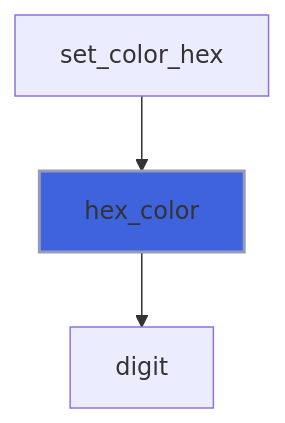
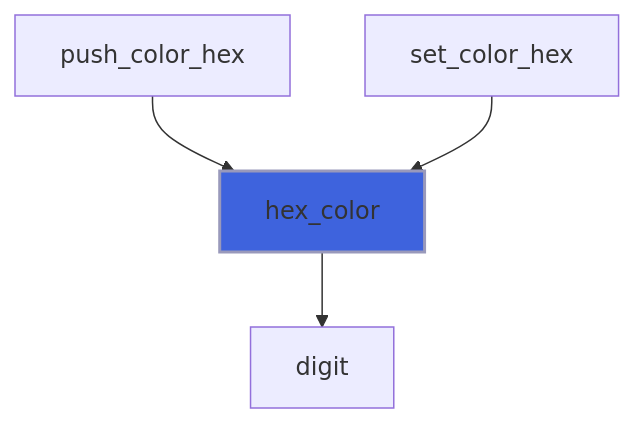
One commit to szaghi/figure changed diagram 24 of 44 in docs/api/src/lib/figure_style.md. Above: the diagram before and after it, drawn with Mermaid. The commit also changed other lines of this file and 21 other files, not shown here.

````diff
--- a/docs/api/src/lib/figure_style.md
+++ b/docs/api/src/lib/figure_style.md
@@ -194,6 +723,7 @@
 ```mermaid
 flowchart TD
+  push_color_hex["push_color_hex"] --> hex_color["hex_color"]
   set_color_hex["set_color_hex"] --> hex_color["hex_color"]
   hex_color["hex_color"] --> digit["digit"]
   style hex_color fill:#3e63dd,stroke:#99b,stroke-width:2px
 ```
````
